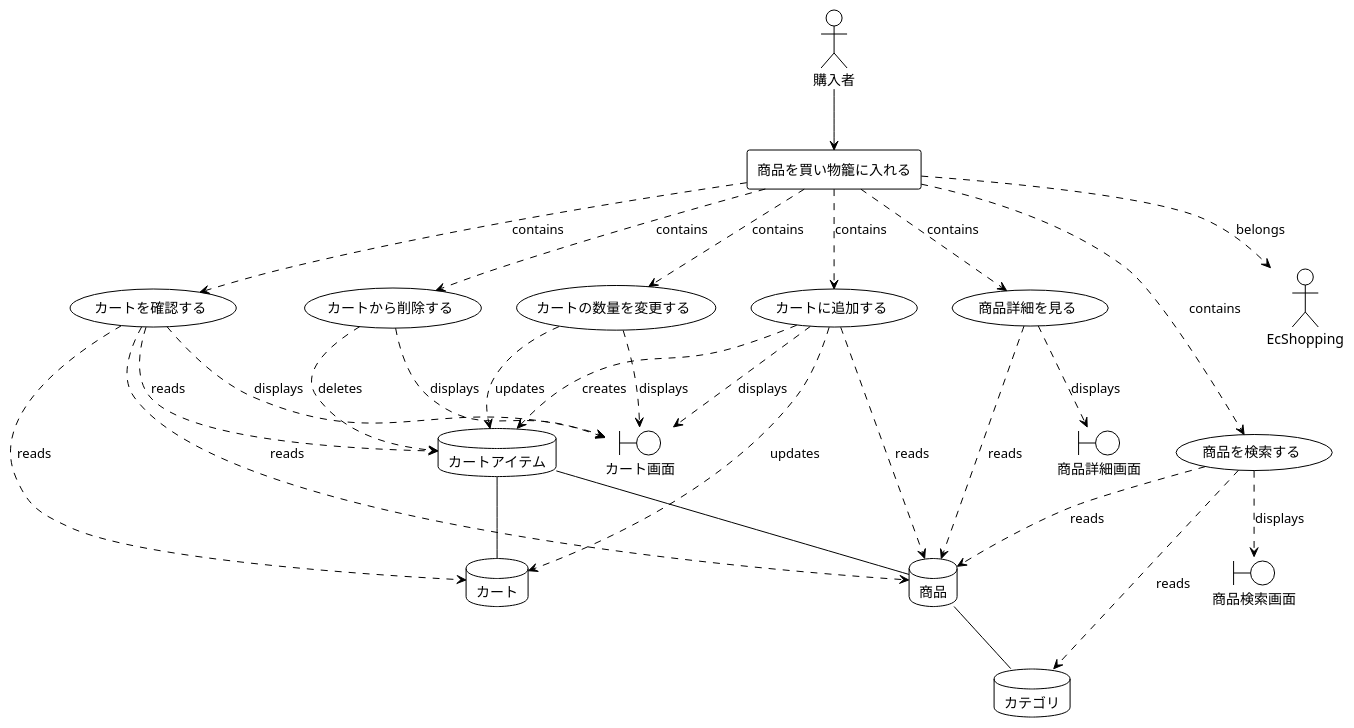
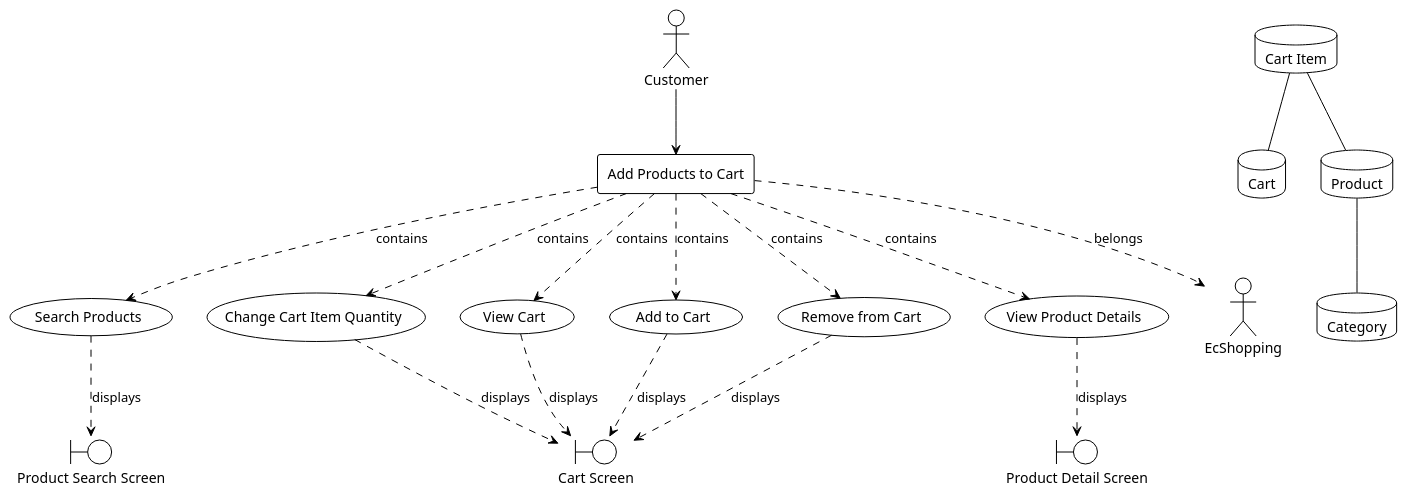
The diagram in samples/ec-site/out/rdra_buc_cart.puml (manji-0/rdra-ish-dsl), drawn with PlantUML before and after one commit. The commit also changed 97 other files, not shown here.

```diff
--- a/samples/ec-site/out/rdra_buc_cart.puml
+++ b/samples/ec-site/out/rdra_buc_cart.puml
@@ -1,55 +1,45 @@
 @startuml
 !theme plain
 
-actor "購入者" as Customer
+actor "Customer" as Customer
 
-usecase "カートに追加する" as AddToCart
-usecase "カートから削除する" as RemoveCartItem
-usecase "商品を検索する" as SearchProducts
-usecase "カートの数量を変更する" as UpdateCartItem
-usecase "カートを確認する" as ViewCart
-usecase "商品詳細を見る" as ViewProduct
+usecase "Add to Cart" as AddToCart
+usecase "Remove from Cart" as RemoveCartItem
+usecase "Search Products" as SearchProducts
+usecase "Change Cart Item Quantity" as UpdateCartItem
+usecase "View Cart" as ViewCart
+usecase "View Product Details" as ViewProduct
 
-rectangle "商品を買い物籠に入れる" as BucCart
+rectangle "Add Products to Cart" as BucCart
 
 
-database "カート" as Cart
-database "カートアイテム" as CartItem
-database "カテゴリ" as Category
-database "商品" as Product
 
-boundary "カート画面" as CartScreen
-boundary "商品詳細画面" as ProductDetailScreen
-boundary "商品検索画面" as ProductSearchScreen
+database "Cart" as Cart
+database "Cart Item" as CartItem
+database "Category" as Category
+database "Product" as Product
+
+boundary "Cart Screen" as CartScreen
+boundary "Product Detail Screen" as ProductDetailScreen
+boundary "Product Search Screen" as ProductSearchScreen
 
 
 
 Customer --> BucCart
 BucCart ..> EcShopping : belongs
 BucCart ..> SearchProducts : contains
 BucCart ..> ViewProduct : contains
 BucCart ..> AddToCart : contains
 BucCart ..> UpdateCartItem : contains
 BucCart ..> RemoveCartItem : contains
 BucCart ..> ViewCart : contains
 Product -- Category
 CartItem -- Product
 CartItem -- Cart
-SearchProducts ..> Category : reads
-SearchProducts ..> Product : reads
 SearchProducts ..> ProductSearchScreen : displays
-ViewProduct ..> Product : reads
 ViewProduct ..> ProductDetailScreen : displays
-AddToCart ..> Product : reads
-AddToCart ..> Cart : updates
-AddToCart ..> CartItem : creates
 AddToCart ..> CartScreen : displays
-UpdateCartItem ..> CartItem : updates
 UpdateCartItem ..> CartScreen : displays
-RemoveCartItem ..> CartItem : deletes
 RemoveCartItem ..> CartScreen : displays
-ViewCart ..> Product : reads
-ViewCart ..> Cart : reads
-ViewCart ..> CartItem : reads
 ViewCart ..> CartScreen : displays
 @enduml
```
